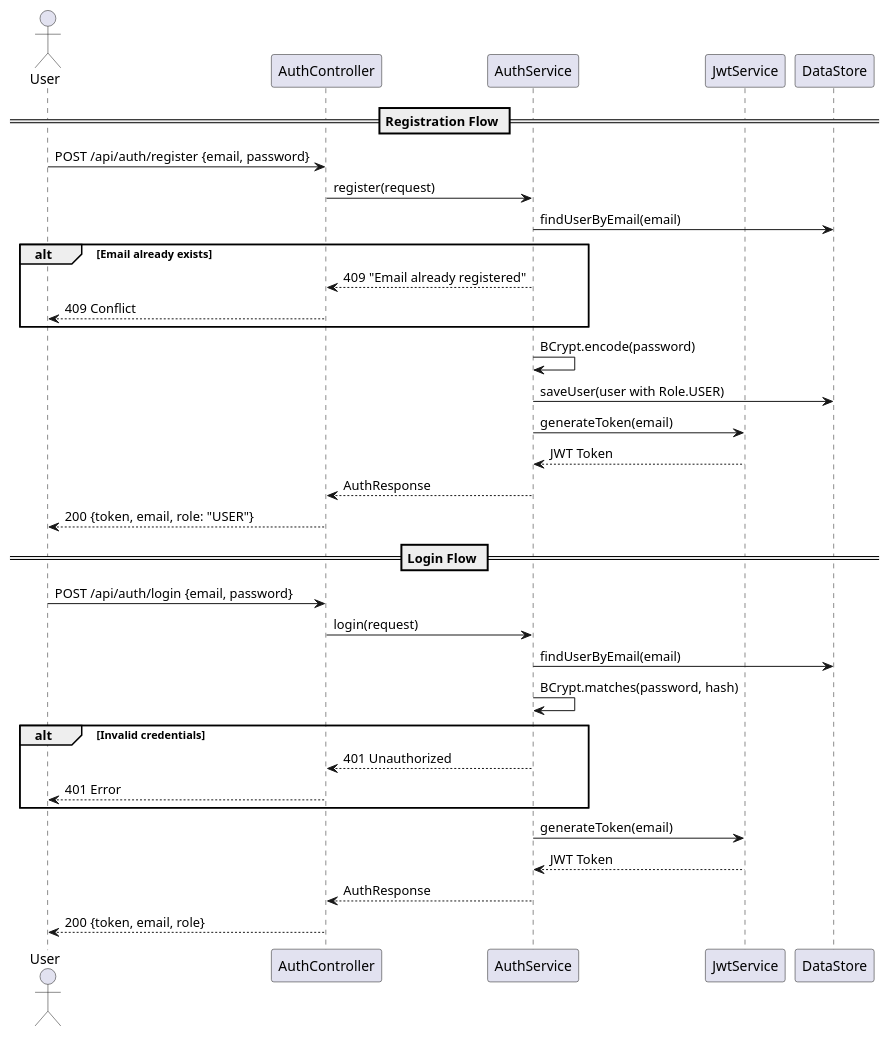
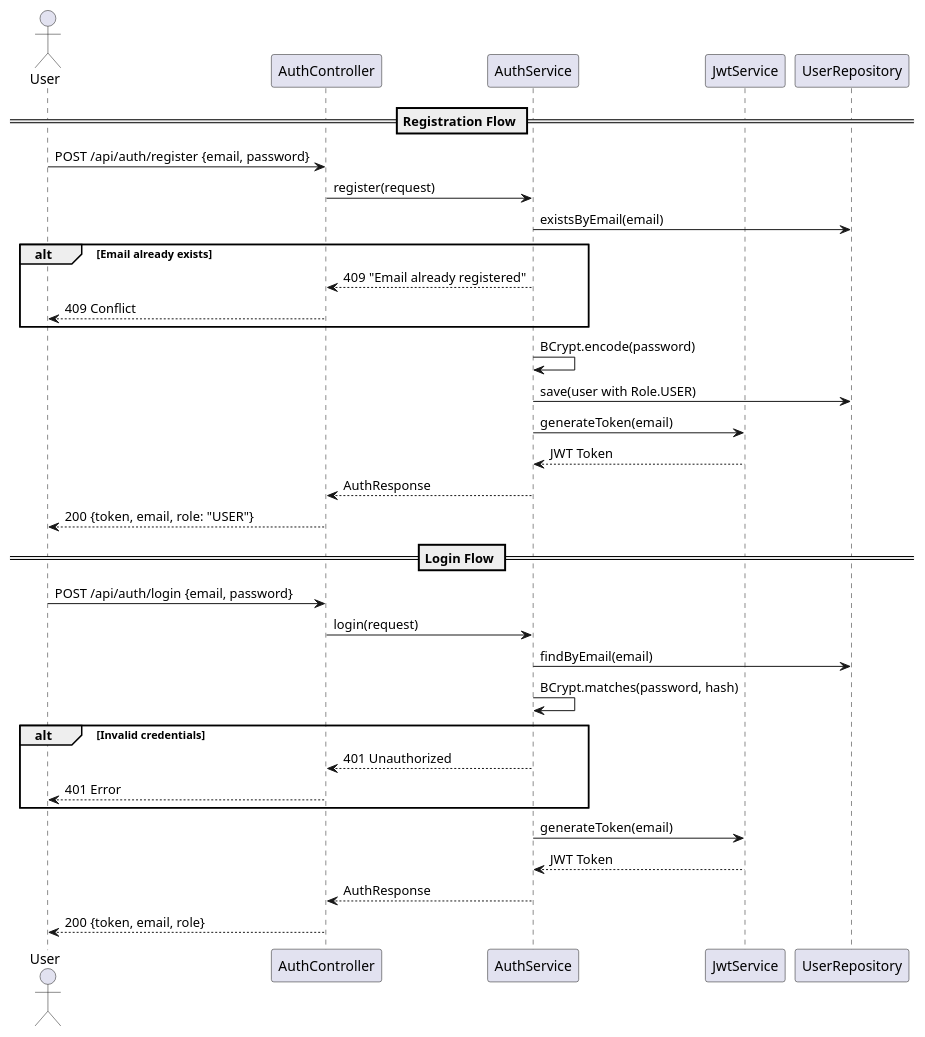
Before and after one commit to nitish2904/toptal: the diagram in bookshopv2/docs/auth-sequence.puml, drawn with PlantUML. The commit also changed 17 other files, not shown here.

First line of the commit message:
refactor: split DataStore into individual repository classes

```diff
--- a/bookshopv2/docs/auth-sequence.puml
+++ b/bookshopv2/docs/auth-sequence.puml
@@ -1,44 +1,44 @@
 @startuml Authentication Flow
 
 actor User
 participant "AuthController" as AC
 participant "AuthService" as AS
 participant "JwtService" as JS
-participant "DataStore" as DS
+participant "UserRepository" as UR
 
 == Registration Flow ==
 
 User -> AC : POST /api/auth/register {email, password}
 AC -> AS : register(request)
-AS -> DS : findUserByEmail(email)
+AS -> UR : existsByEmail(email)
 
 alt Email already exists
   AS --> AC : 409 "Email already registered"
   AC --> User : 409 Conflict
 end
 
 AS -> AS : BCrypt.encode(password)
-AS -> DS : saveUser(user with Role.USER)
+AS -> UR : save(user with Role.USER)
 AS -> JS : generateToken(email)
 JS --> AS : JWT Token
 AS --> AC : AuthResponse
 AC --> User : 200 {token, email, role: "USER"}
 
 == Login Flow ==
 
 User -> AC : POST /api/auth/login {email, password}
 AC -> AS : login(request)
-AS -> DS : findUserByEmail(email)
+AS -> UR : findByEmail(email)
 AS -> AS : BCrypt.matches(password, hash)
 
 alt Invalid credentials
   AS --> AC : 401 Unauthorized
   AC --> User : 401 Error
 end
 
 AS -> JS : generateToken(email)
 JS --> AS : JWT Token
 AS --> AC : AuthResponse
 AC --> User : 200 {token, email, role}
 
 @enduml
```
